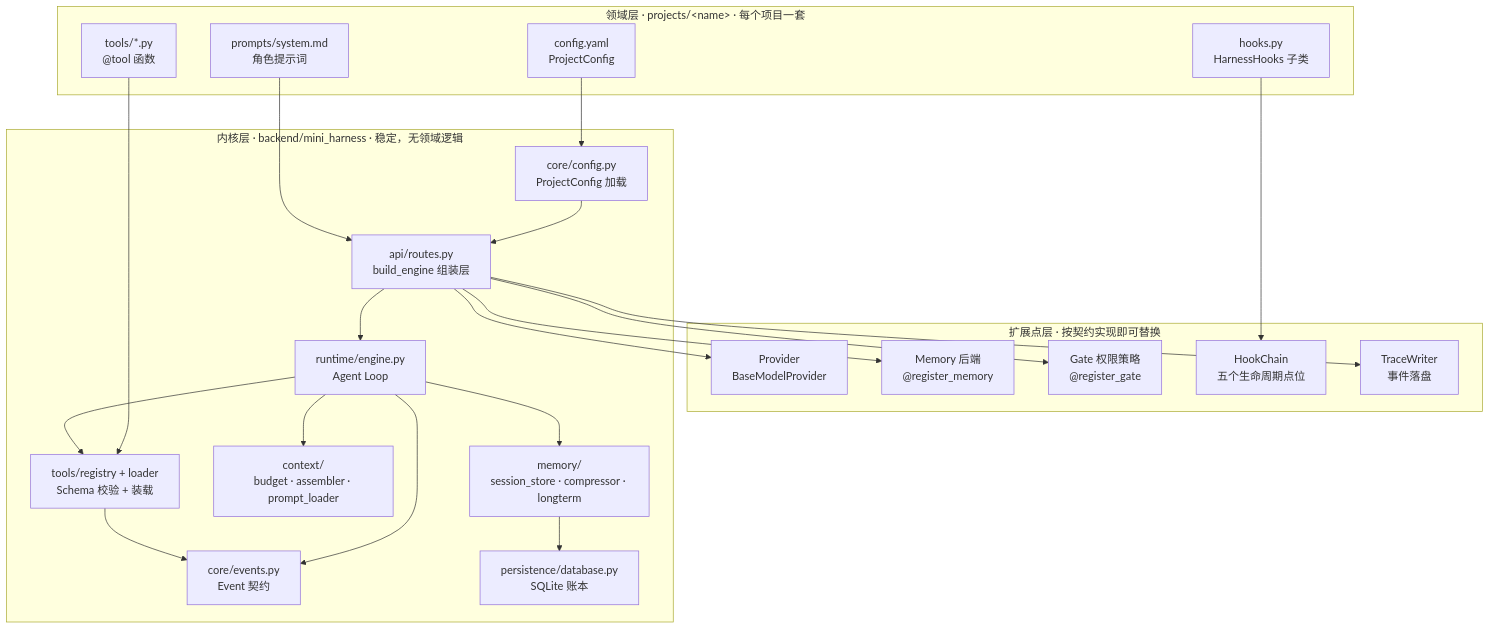
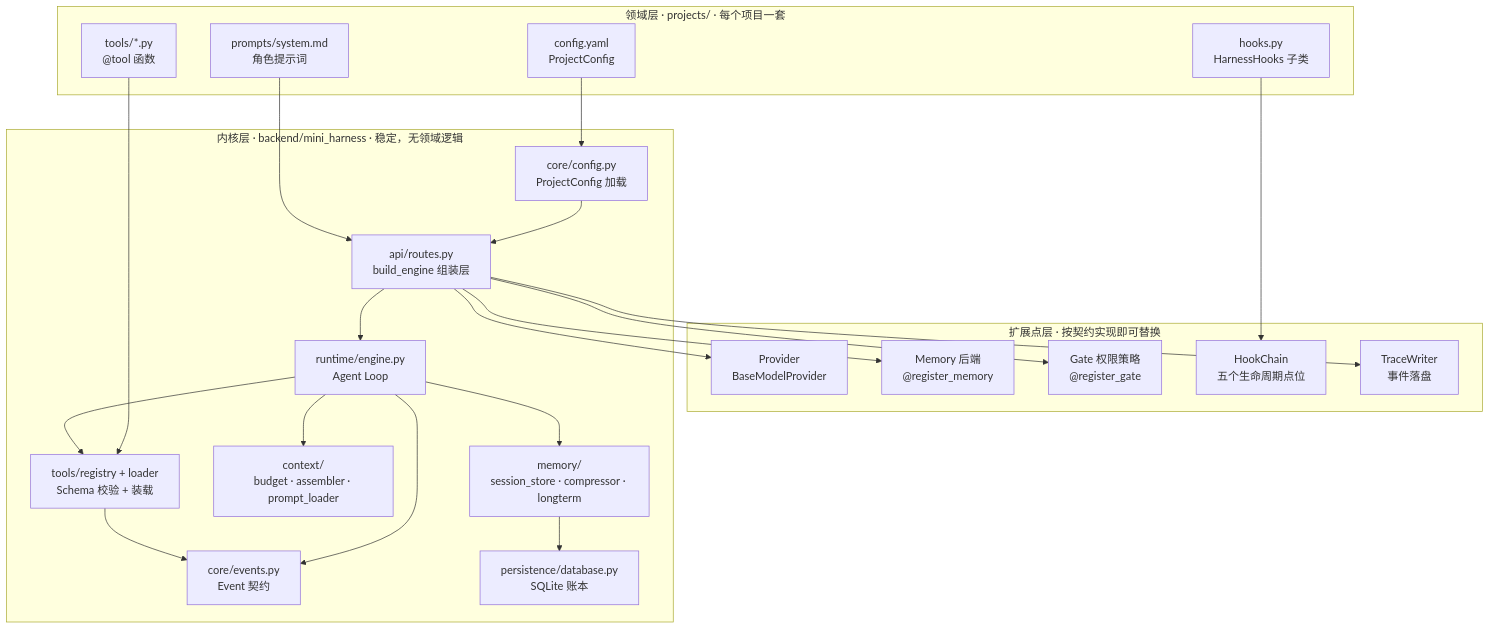
One commit to ZURRY3630/harness-scratch changed the diagram in docs/03-architecture.md. Above: the diagram before and after it, drawn with Mermaid. The commit also changed other lines of this file and 3 other files, not shown here.

````diff
--- a/docs/03-architecture.md
+++ b/docs/03-architecture.md
@@ -5,45 +5,45 @@
 ```mermaid
 flowchart TB
-    subgraph D["领域层 · projects/&lt;name&gt; · 每个项目一套"]
+    subgraph D["领域层 · projects/<name> · 每个项目一套"]
         DC["config.yaml<br/>ProjectConfig"]
         DP["prompts/system.md<br/>角色提示词"]
         DT["tools/*.py<br/>@tool 函数"]
         DH["hooks.py<br/>HarnessHooks 子类"]
     end
 
     subgraph E["扩展点层 · 按契约实现即可替换"]
         EP["Provider<br/>BaseModelProvider"]
         EM["Memory 后端<br/>@register_memory"]
         EG["Gate 权限策略<br/>@register_gate"]
         EH["HookChain<br/>五个生命周期点位"]
         ET["TraceWriter<br/>事件落盘"]
     end
 
     subgraph K["内核层 · backend/mini_harness · 稳定，无领域逻辑"]
         CFG["core/config.py<br/>ProjectConfig 加载"]
         ASM["api/routes.py<br/>build_engine 组装层"]
         ENG["runtime/engine.py<br/>Agent Loop"]
         TR["tools/registry + loader<br/>Schema 校验 + 装载"]
         CX["context/<br/>budget · assembler · prompt_loader"]
         MM["memory/<br/>session_store · compressor · longterm"]
         EV["core/events.py<br/>Event 契约"]
         DB["persistence/database.py<br/>SQLite 账本"]
     end
 
     DC --> CFG
     CFG --> ASM
     DP --> ASM
     DT --> TR
     DH --> EH
     ASM --> ENG
     ASM --> EP
     ASM --> EM
     ASM --> EG
     ASM --> ET
     ENG --> TR
     ENG --> CX
     ENG --> MM
     ENG --> EV
     MM --> DB
     TR --> EV
 ```
````
